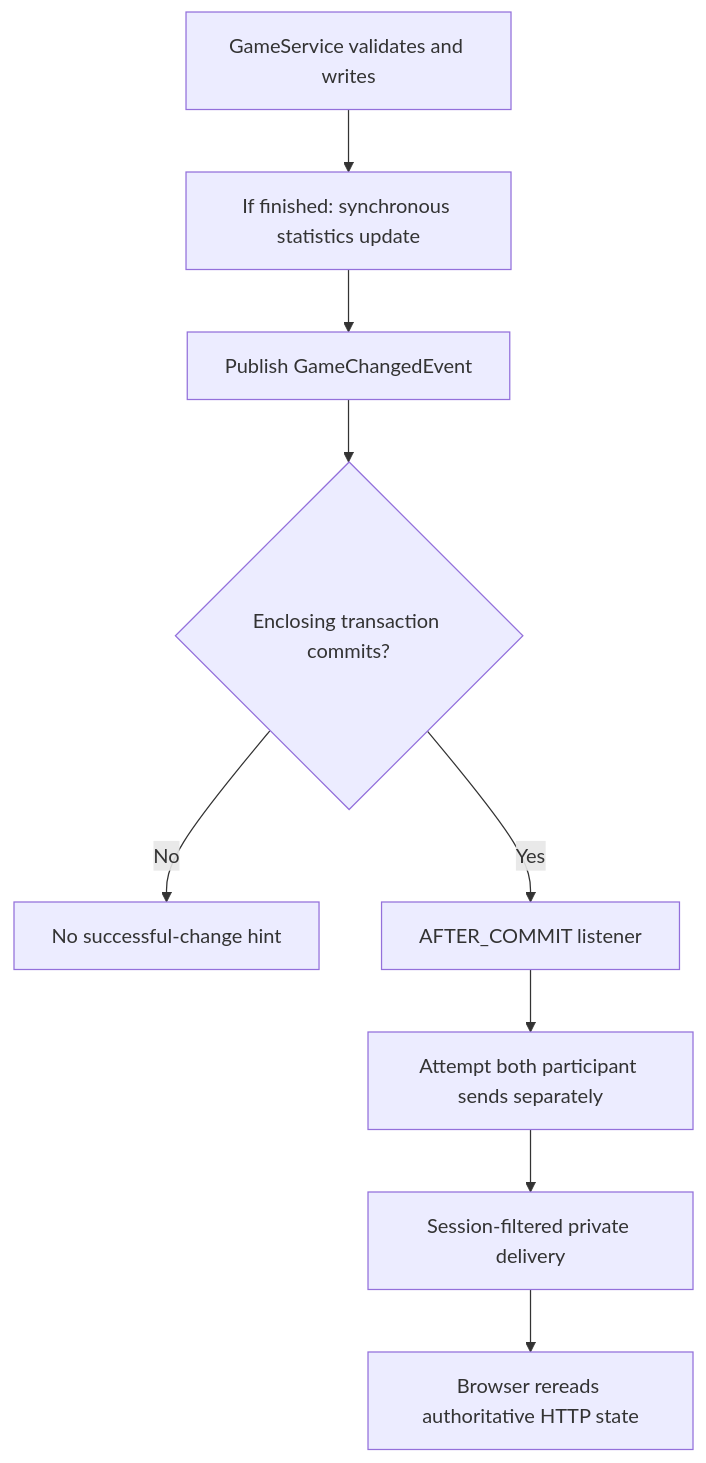
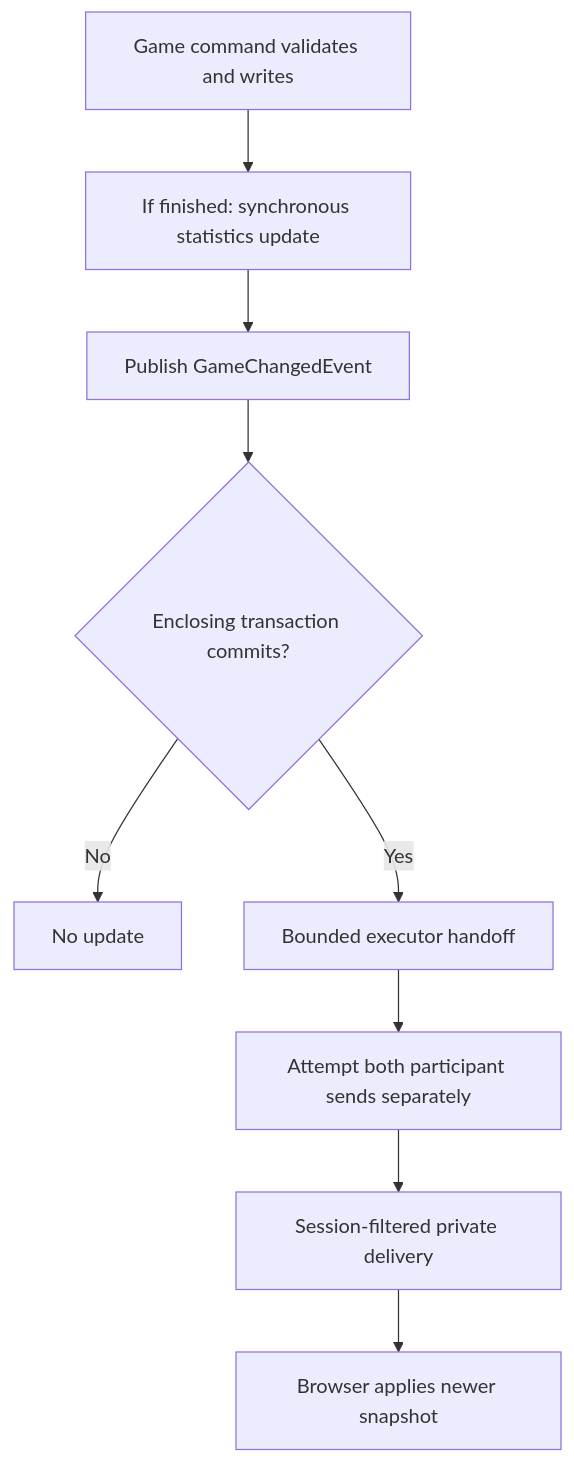
One commit to parisana/chess-web-app changed the diagram in docs/realtime-updates-flow.md. Above: the diagram before and after it, drawn with Mermaid. The commit also changed other lines of this file and 52 other files, not shown here.

````diff
--- a/docs/realtime-updates-flow.md
+++ b/docs/realtime-updates-flow.md
@@ -15,11 +15,11 @@
 ```mermaid
 flowchart TD
-    A["GameService validates and writes"] --> S["If finished: synchronous statistics update"]
+    A["Game command validates and writes"] --> S["If finished: synchronous statistics update"]
     S --> B["Publish GameChangedEvent"]
     B --> C{"Enclosing transaction commits?"}
-    C -->|No| E["No successful-change hint"]
-    C -->|Yes| D["AFTER_COMMIT listener"]
+    C -->|No| E["No update"]
+    C -->|Yes| D["Bounded executor handoff"]
     D --> F["Attempt both participant sends separately"]
     F --> G["Session-filtered private delivery"]
-    G --> H["Browser rereads authoritative HTTP state"]
+    G --> H["Browser applies newer snapshot"]
 ```
````
